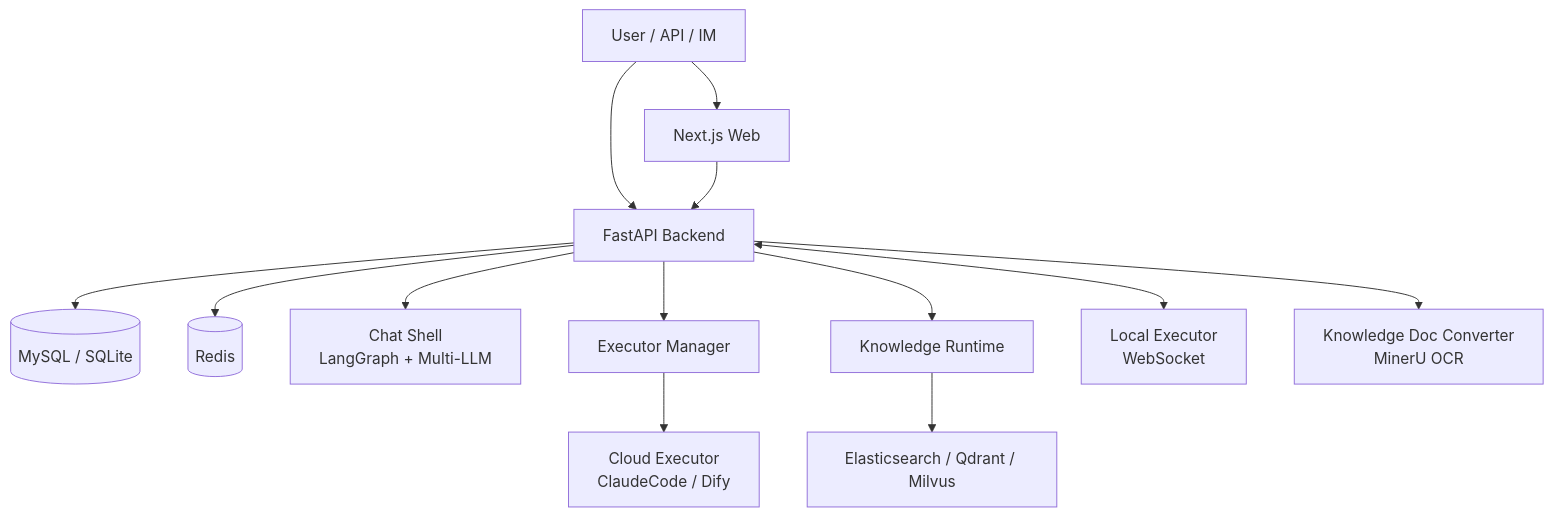
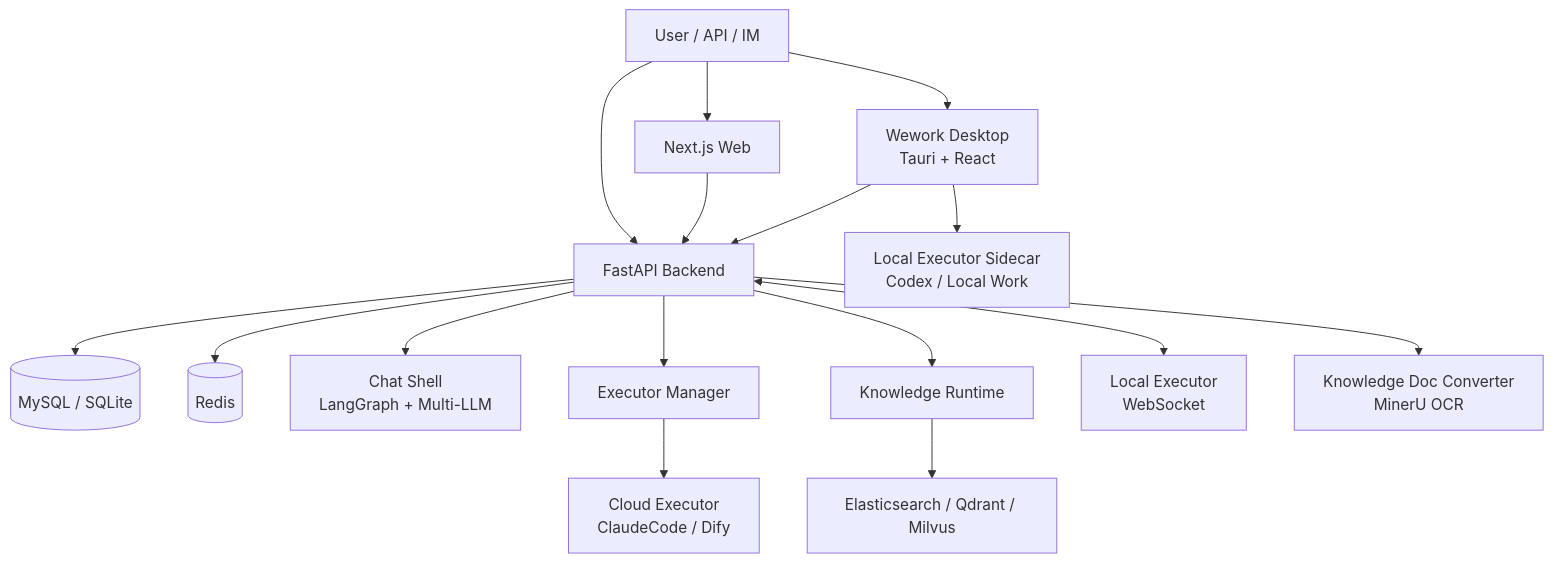
One commit to wecode-ai/Wegent changed the diagram in README.md. Above: the diagram before and after it, drawn with Mermaid. The commit also changed other lines of this file and 2 other files, not shown here.

Commit message:
docs: update wework readme

````diff
--- a/README.md
+++ b/README.md
@@ -185,17 +199,20 @@
 ```mermaid
 graph TB
     User["User / API / IM"] --> Frontend["Next.js Web"]
+    User --> Wework["Wework Desktop<br/>Tauri + React"]
     User --> Backend["FastAPI Backend"]
     Frontend --> Backend
+    Wework --> Backend
+    Wework --> WeworkExecutor["Local Executor Sidecar<br/>Codex / Local Work"]
 
     Backend --> MySQL[("MySQL / SQLite")]
     Backend --> Redis[("Redis")]
     Backend --> ChatShell["Chat Shell<br/>LangGraph + Multi-LLM"]
     Backend --> ExecutorManager["Executor Manager"]
     Backend --> KnowledgeRuntime["Knowledge Runtime"]
 
     ExecutorManager --> CloudExecutor["Cloud Executor<br/>ClaudeCode / Dify"]
     Backend <--> LocalExecutor["Local Executor<br/>WebSocket"]
     KnowledgeRuntime --> VectorStore["Elasticsearch / Qdrant / Milvus"]
     Backend --> DocConverter["Knowledge Doc Converter<br/>MinerU OCR"]
 ```
````
